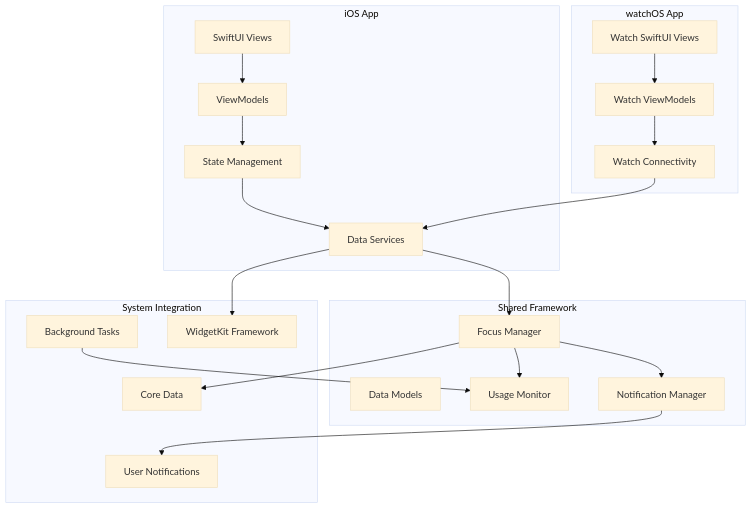
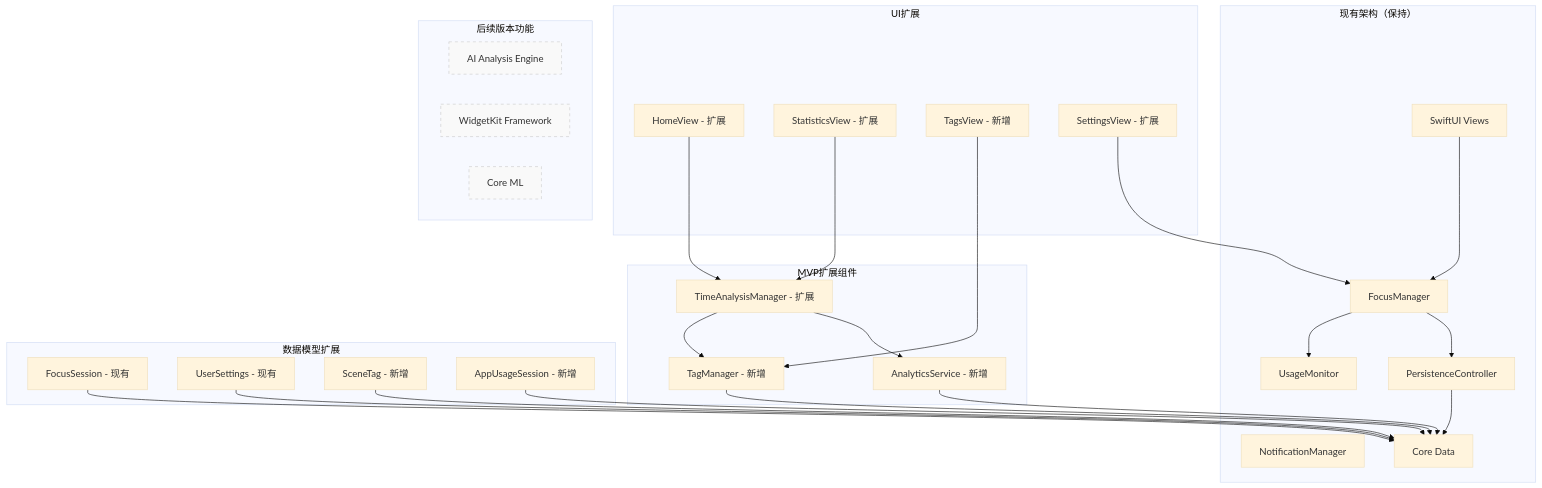
One commit to coppynight/attentionkiro changed the first of 4 diagrams in .kiro/specs/focus-tracker-app/design.md. Above: the diagram before and after it, drawn with Mermaid (base theme). The commit also changed other lines of this file and 23 other files, not shown here.

````diff
--- a/.kiro/specs/focus-tracker-app/design.md
+++ b/.kiro/specs/focus-tracker-app/design.md
@@ -17,46 +29,61 @@
 ```mermaid
 graph TB
-    subgraph "iOS App"
+    subgraph "现有架构（保持）"
         UI[SwiftUI Views]
-        VM[ViewModels]
-        SM[State Management]
-        DS[Data Services]
+        FM[FocusManager]
+        UM[UsageMonitor]
+        NM[NotificationManager]
+        PC[PersistenceController]
+        CD[Core Data]
     end
     
-    subgraph "watchOS App"
-        WUI[Watch SwiftUI Views]
-        WVM[Watch ViewModels]
-        WC[Watch Connectivity]
+    subgraph "MVP扩展组件"
+        TM[TagManager - 新增]
+        TAM[TimeAnalysisManager - 扩展]
+        AS[AnalyticsService - 新增]
     end
     
-    subgraph "Shared Framework"
-        DM[Data Models]
-        FM[Focus Manager]
-        UM[Usage Monitor]
-        NM[Notification Manager]
+    subgraph "数据模型扩展"
+        FS[FocusSession - 现有]
+        US[UserSettings - 现有]
+        ST[SceneTag - 新增]
+        AUS[AppUsageSession - 新增]
     end
     
-    subgraph "System Integration"
-        CD[Core Data]
-        BG[Background Tasks]
-        WF[WidgetKit Framework]
-        UN[User Notifications]
+    subgraph "UI扩展"
+        HV[HomeView - 扩展]
+        SV[StatisticsView - 扩展]
+        TV[TagsView - 新增]
+        SEV[SettingsView - 扩展]
     end
     
-    UI --> VM
-    VM --> SM
-    SM --> DS
-    DS --> FM
+    subgraph "后续版本功能"
+        AI[AI Analysis Engine]
+        WF[WidgetKit Framework]
+        ML[Core ML]
+    end
+    
+    UI --> FM
     FM --> UM
-    FM --> CD
+    FM --> PC
+    PC --> CD
     
-    WUI --> WVM
-    WVM --> WC
-    WC --> DS
+    TAM --> TM
+    TAM --> AS
+    TM --> CD
+    AS --> CD
     
-    FM --> NM
-    NM --> UN
-    DS --> WF
+    HV --> TAM
+    SV --> TAM
+    TV --> TM
+    SEV --> FM
     
-    BG --> UM
+    FS --> CD
+    US --> CD
+    ST --> CD
+    AUS --> CD
+    
+    style AI fill:#f9f9f9,stroke:#ccc,stroke-dasharray: 5 5
+    style WF fill:#f9f9f9,stroke:#ccc,stroke-dasharray: 5 5
+    style ML fill:#f9f9f9,stroke:#ccc,stroke-dasharray: 5 5
 ```
````
